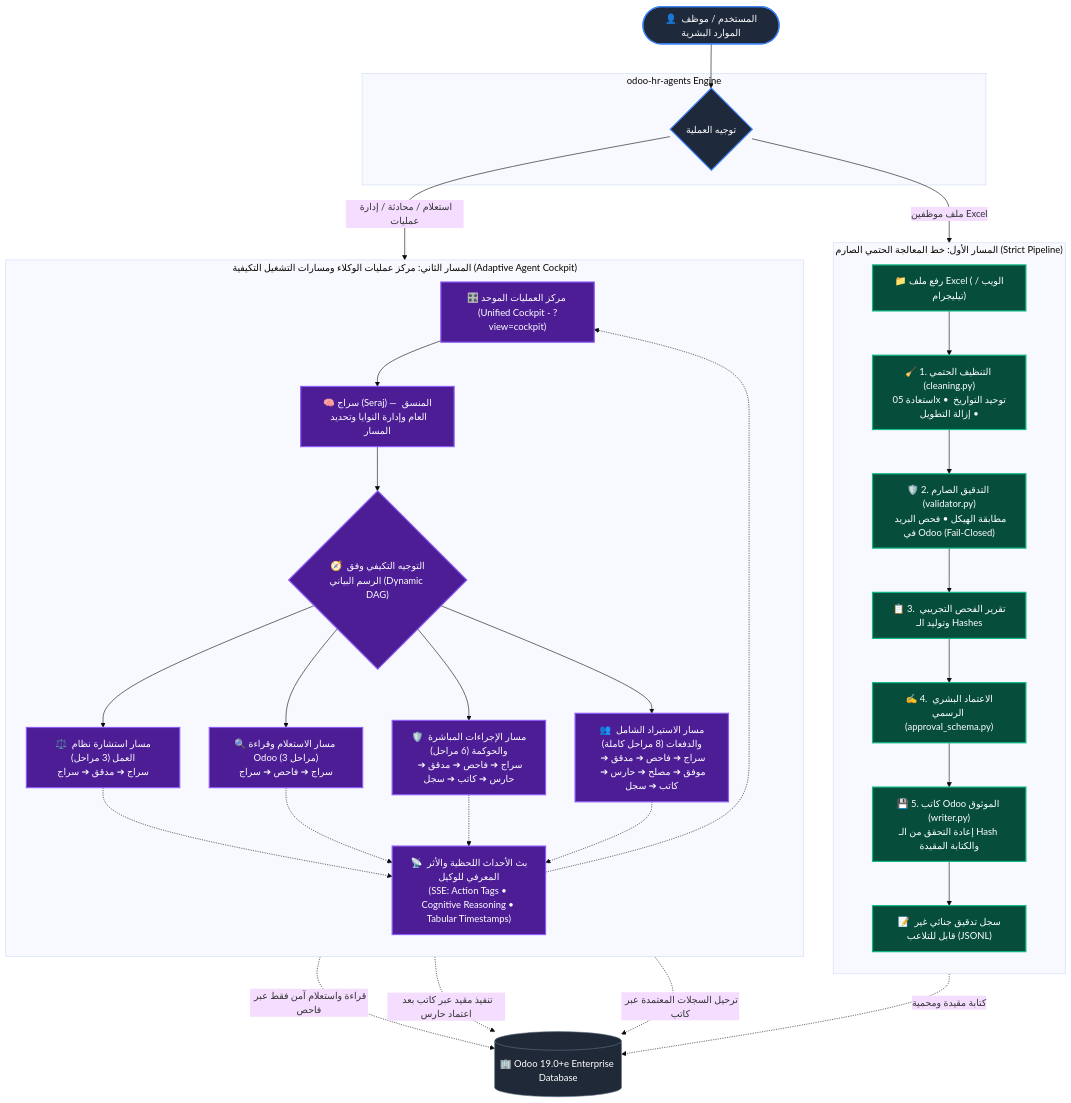
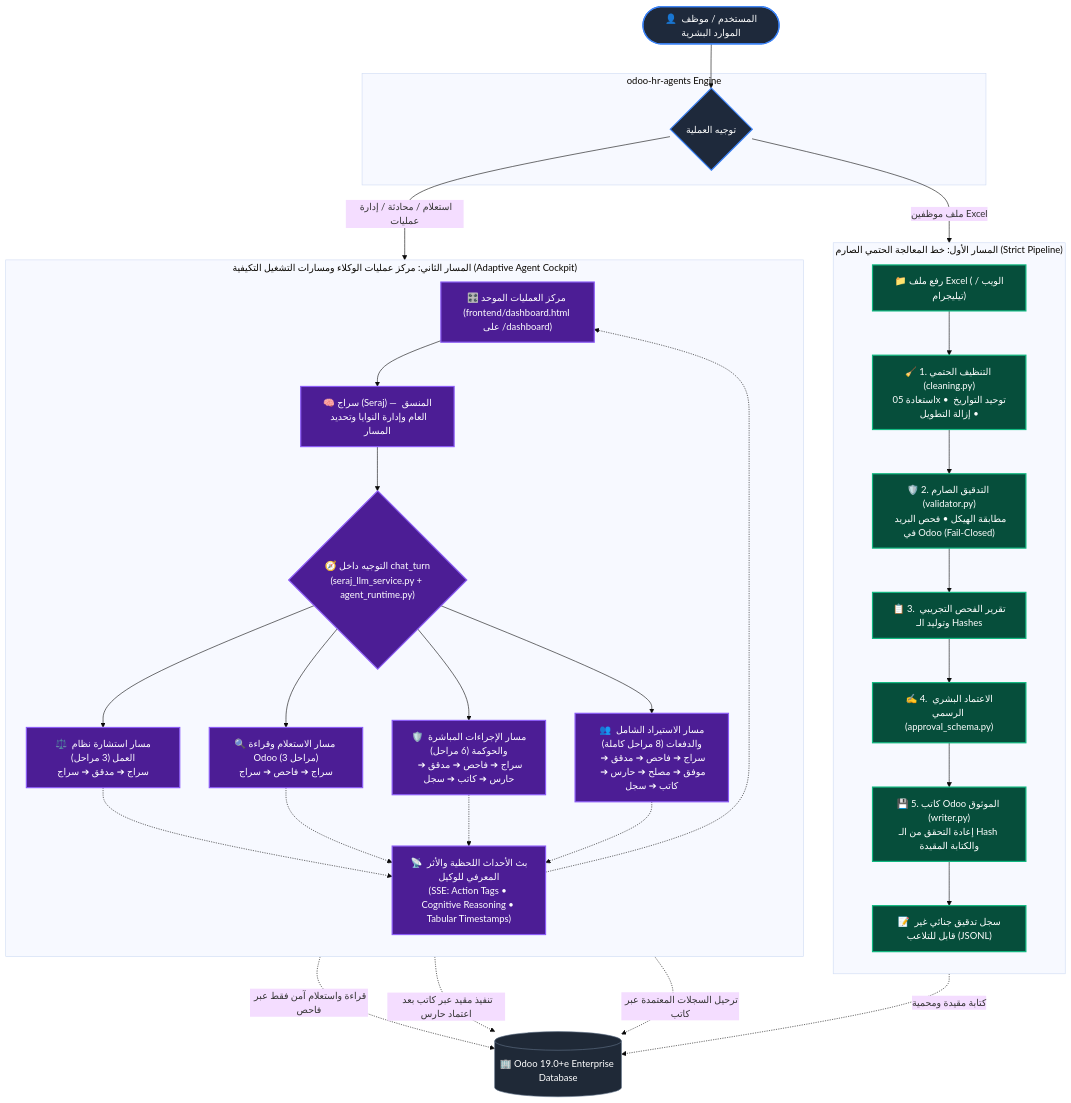
Before and after one commit to 7cc8/odoo-hr-agents: the first of 3 diagrams in README.md, drawn with Mermaid (base theme). The commit also changed other lines of this file, not shown here.

First line of the commit message:
docs(readme): align README with vanilla agentic runtime refactor

````diff
--- a/README.md
+++ b/README.md
@@ -62,68 +63,68 @@
 ```mermaid
 flowchart TD
     classDef primary fill:#1e293b,stroke:#3b82f6,stroke-width:2px,color:#fff
     classDef strict fill:#064e3b,stroke:#10b981,stroke-width:2px,color:#fff
     classDef agent fill:#4c1d95,stroke:#8b5cf6,stroke-width:2px,color:#fff
     classDef result fill:#1f2937,stroke:#64748b,stroke-width:1px,color:#fff
 
     User(["👤 المستخدم / موظف الموارد البشرية"])
     
     subgraph Core ["odoo-hr-agents Engine"]
         Router{"توجيه العملية"}
     end
 
     subgraph Track1 ["المسار الأول: خط المعالجة الحتمي الصارم (Strict Pipeline)"]
         direction TB
         Upload["📁 رفع ملف Excel (الويب / تيليجرام)"]
         Cleaning["🧹 1. التنظيف الحتمي (cleaning.py)<br/>استعادة 05x • توحيد التواريخ • إزالة التطويل"]
         Validation["🛡️ 2. التدقيق الصارم (validator.py)<br/>مطابقة الهيكل • فحص البريد في Odoo (Fail-Closed)"]
         DryRun["📋 3. تقرير الفحص التجريبي وتوليد الـ Hashes"]
         Approval["✍️ 4. الاعتماد البشري الرسمي (approval_schema.py)"]
         Writer["💾 5. كاتب Odoo الموثوق (writer.py)<br/>إعادة التحقق من الـ Hash والكتابة المقيدة"]
         SijilLog["📝 سجل تدقيق جنائي غير قابل للتلاعب (JSONL)"]
 
         Upload --> Cleaning --> Validation --> DryRun --> Approval --> Writer --> SijilLog
     end
 
     subgraph Track2 ["المسار الثاني: مركز عمليات الوكلاء ومسارات التشغيل التكيفية (Adaptive Agent Cockpit)"]
         direction TB
-        Cockpit["🎛️ مركز العمليات الموحد (Unified Cockpit - ?view=cockpit)"]
+        Cockpit["🎛️ مركز العمليات الموحد (frontend/dashboard.html على /dashboard)"]
         Seraj["🧠 سراج (Seraj) — المنسق العام وإدارة النوايا وتحديد المسار"]
-        RouterDAG{"🧭 التوجيه التكيفي وفق الرسم البياني (Dynamic DAG)"}
+        RouterDAG{"🧭 التوجيه داخل chat_turn<br/>(seraj_llm_service.py + agent_runtime.py)"}
         
         Cockpit --> Seraj --> RouterDAG
         
         Path1["⚖️ مسار استشارة نظام العمل (3 مراحل)<br/>سراج ➔ مدقق ➔ سراج"]
         Path2["🔍 مسار الاستعلام وقراءة Odoo (3 مراحل)<br/>سراج ➔ فاحص ➔ سراج"]
         Path3["🛡️ مسار الإجراءات المباشرة والحوكمة (6 مراحل)<br/>سراج ➔ فاحص ➔ مدقق ➔ حارس ➔ كاتب ➔ سجل"]
         Path4["👥 مسار الاستيراد الشامل والدفعات (8 مراحل كاملة)<br/>سراج ➔ فاحص ➔ مدقق ➔ موفق ➔ مصلح ➔ حارس ➔ كاتب ➔ سجل"]
         
         RouterDAG --> Path1
         RouterDAG --> Path2
         RouterDAG --> Path3
         RouterDAG --> Path4
         
         EventsStream["📡 بث الأحداث اللحظية والأثر المعرفي للوكيل<br/>(SSE: Action Tags • Cognitive Reasoning • Tabular Timestamps)"]
         
         Path1 -.-> EventsStream
         Path2 -.-> EventsStream
         Path3 -.-> EventsStream
         Path4 -.-> EventsStream
         EventsStream -.-> Cockpit
     end
 
     OdooDB[("🏢 Odoo 19.0+e Enterprise Database")]
 
     User --> Router
     Router -->|ملف موظفين Excel| Upload
     Router -->|استعلام / محادثة / إدارة عمليات| Cockpit
     Writer -.->|كتابة مقيدة ومحمية| OdooDB
     Path2 -.->|قراءة واستعلام آمن فقط عبر فاحص| OdooDB
     Path3 -.->|تنفيذ مقيد عبر كاتب بعد اعتماد حارس| OdooDB
     Path4 -.->|ترحيل السجلات المعتمدة عبر كاتب| OdooDB
 
     class User,Router primary
     class Upload,Cleaning,Validation,DryRun,Approval,Writer,SijilLog strict
     class Cockpit,Seraj,RouterDAG,Path1,Path2,Path3,Path4,EventsStream agent
     class OdooDB result
 ```
````
